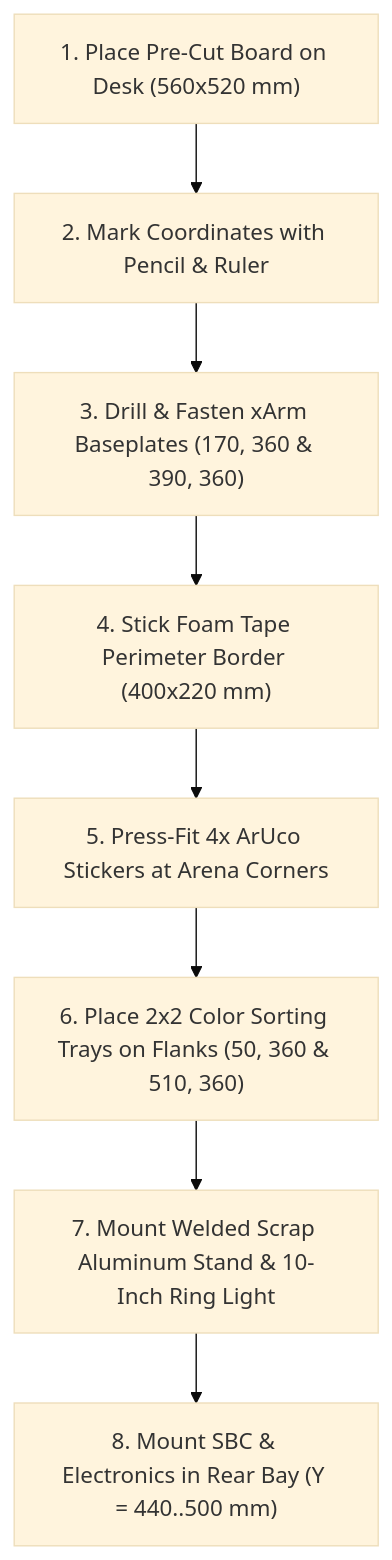
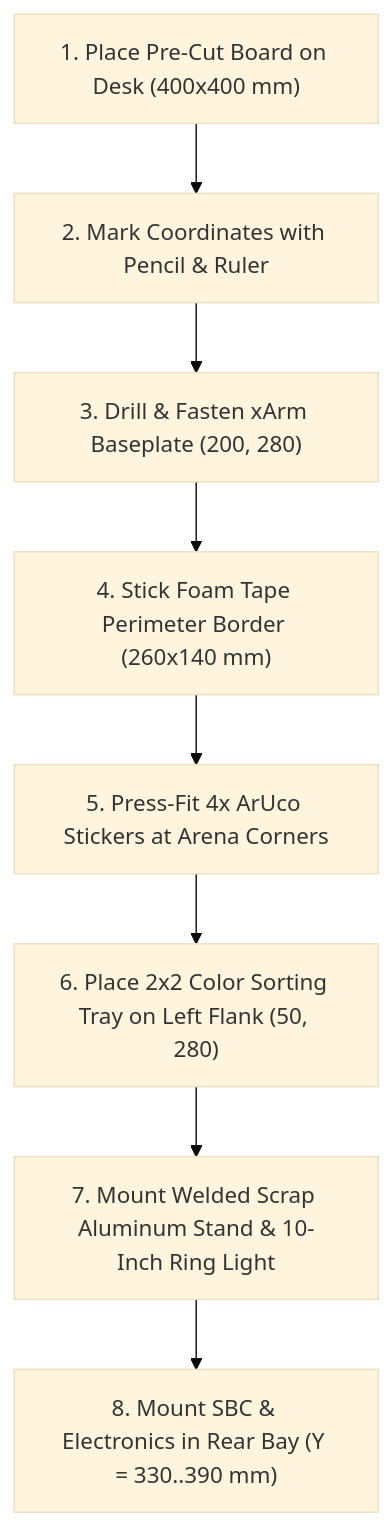
Before and after one commit to ShubhamJain17r/Sem-5-mini-project: the diagram in docs/07_fusion360_cad_modeling_guide.md, drawn with Mermaid (base theme). The commit also changed other lines of this file and 17 other files, not shown here.

````diff
--- a/docs/07_fusion360_cad_modeling_guide.md
+++ b/docs/07_fusion360_cad_modeling_guide.md
@@ -136,10 +137,10 @@
 ```mermaid
 graph TD
-    A["1. Place Pre-Cut Board on Desk (560x520 mm)"] --> B["2. Mark Coordinates with Pencil & Ruler"]
-    B --> C["3. Drill & Fasten xArm Baseplates (170, 360 & 390, 360)"]
-    C --> D["4. Stick Foam Tape Perimeter Border (400x220 mm)"]
+    A["1. Place Pre-Cut Board on Desk (400x400 mm)"] --> B["2. Mark Coordinates with Pencil & Ruler"]
+    B --> C["3. Drill & Fasten xArm Baseplate (200, 280)"]
+    C --> D["4. Stick Foam Tape Perimeter Border (260x140 mm)"]
     D --> E["5. Press-Fit 4x ArUco Stickers at Arena Corners"]
-    E --> F["6. Place 2x2 Color Sorting Trays on Flanks (50, 360 & 510, 360)"]
+    E --> F["6. Place 2x2 Color Sorting Tray on Left Flank (50, 280)"]
     F --> G["7. Mount Welded Scrap Aluminum Stand & 10-Inch Ring Light"]
-    G --> H["8. Mount SBC & Electronics in Rear Bay (Y = 440..500 mm)"]
+    G --> H["8. Mount SBC & Electronics in Rear Bay (Y = 330..390 mm)"]
 ```
````
